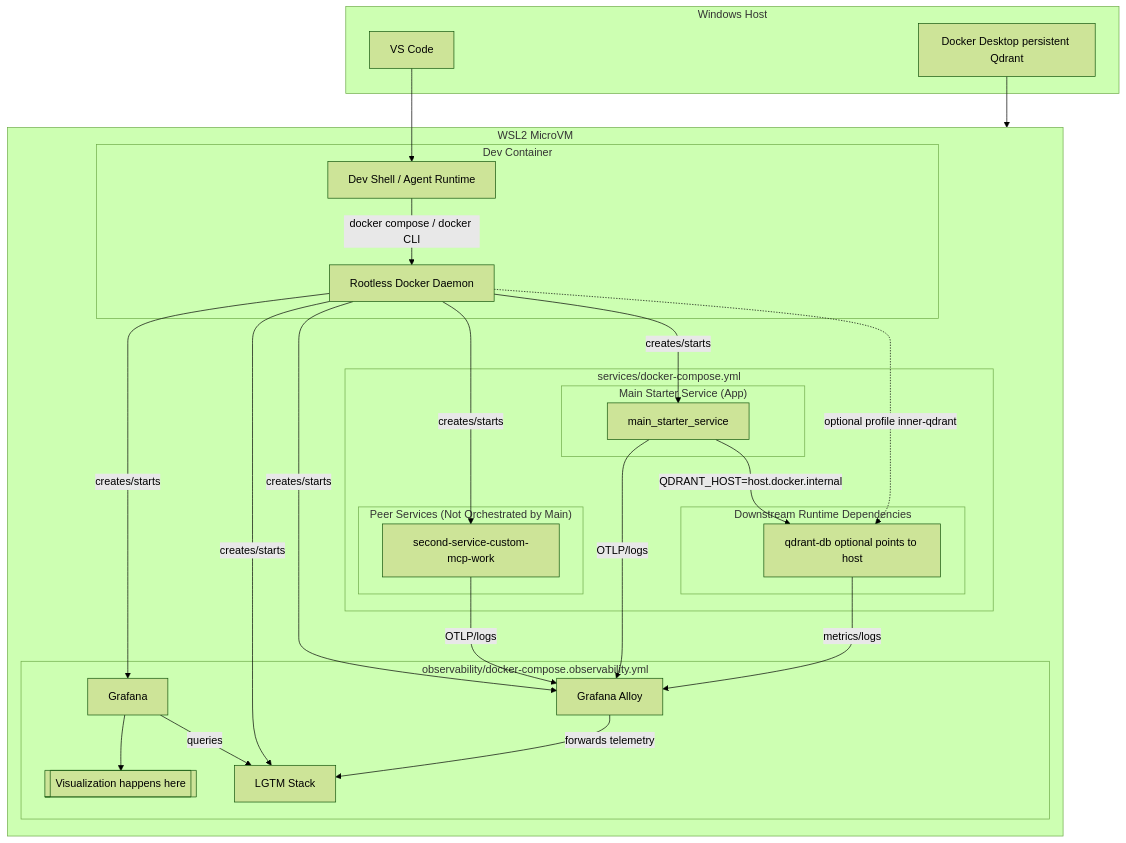
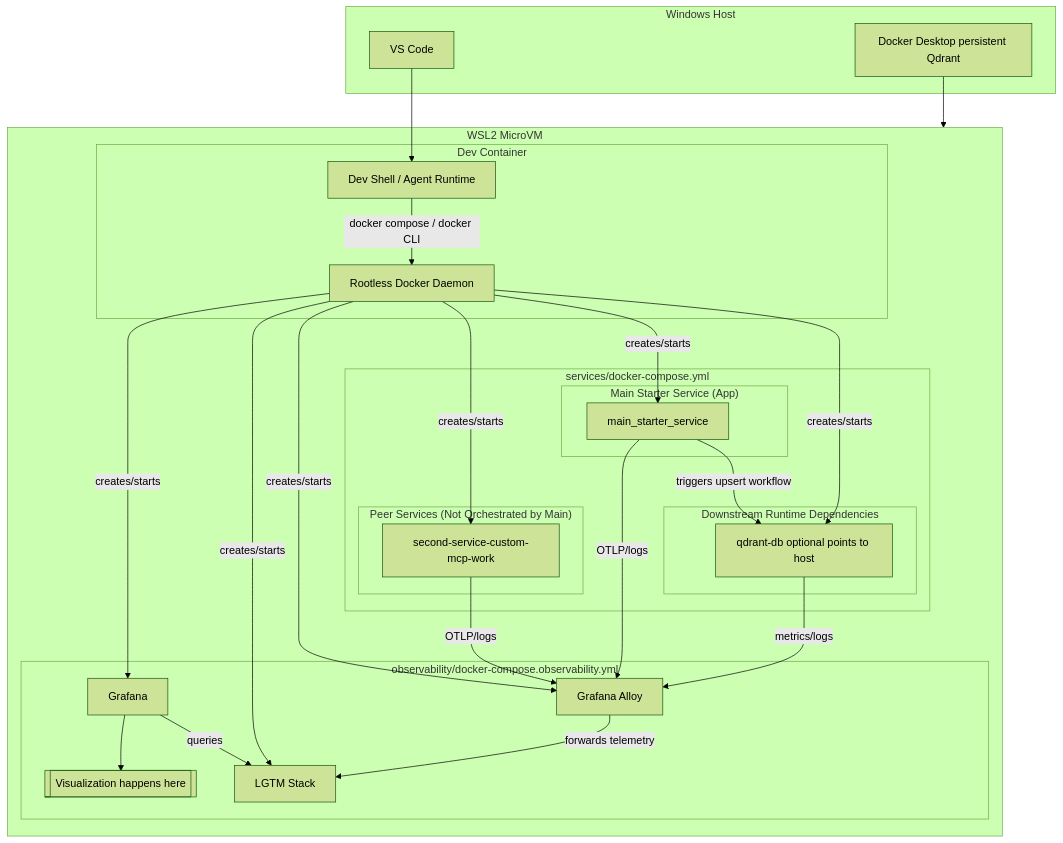
One commit to UtpalMattoo/dcker_mcp_setup changed the second of 3 diagrams in README.md. Above: the diagram before and after it, drawn with Mermaid (forest theme).

Commit message:
Clean detailed runtime Mermaid labels

````diff
--- a/README.md
+++ b/README.md
@@ -124,50 +124,50 @@
 ```mermaid
 graph TD
 	subgraph Host[Windows Host]
 		VSCode[VS Code]
 		DockerDesktop[Docker Desktop persistent Qdrant]
 	end
 
 	subgraph WSL2[WSL2 MicroVM]
 		subgraph DevContainer[Dev Container]
 			Shell[Dev Shell / Agent Runtime]
 			InnerDocker[Rootless Docker Daemon]
 		end
 
 		subgraph Services[services/docker-compose.yml]
 			subgraph Orchestrator["Main Starter Service (App)"]
 				Main[main_starter_service]
 			end
 			subgraph Dependencies["Downstream Runtime Dependencies"]
 				Qdrant[qdrant-db optional points to host]
 			end
 			subgraph PeerServices["Peer Services (Not Orchestrated by Main)"]
 				Second[second-service-custom-mcp-work]
 			end
 		end
 
 		subgraph Observability[observability/docker-compose.observability.yml]
 			Alloy[Grafana Alloy]
 			LGTM[LGTM Stack]
 			Grafana[Grafana]
 			VizMarker[[Visualization happens here]]
 		end
 	end
 
 	VSCode --> Shell
 	DockerDesktop --> WSL2
 	Shell -- docker compose / docker CLI --> InnerDocker
-	InnerDocker -. optional profile inner-qdrant .-> Qdrant
+	InnerDocker -- creates/starts --> Qdrant
 	InnerDocker -- creates/starts --> Main
 	InnerDocker -- creates/starts --> Second
 	InnerDocker -- creates/starts --> Alloy
 	InnerDocker -- creates/starts --> LGTM
 	InnerDocker -- creates/starts --> Grafana
-	Main -- QDRANT_HOST=host.docker.internal --> Qdrant
+	Main -- triggers upsert workflow --> Qdrant
 	Main -- OTLP/logs --> Alloy
 	Second -- OTLP/logs --> Alloy
 	Qdrant -- metrics/logs --> Alloy
 	Alloy -- forwards telemetry --> LGTM
 	Grafana -- queries --> LGTM
 	Grafana --> VizMarker
 ```
````
